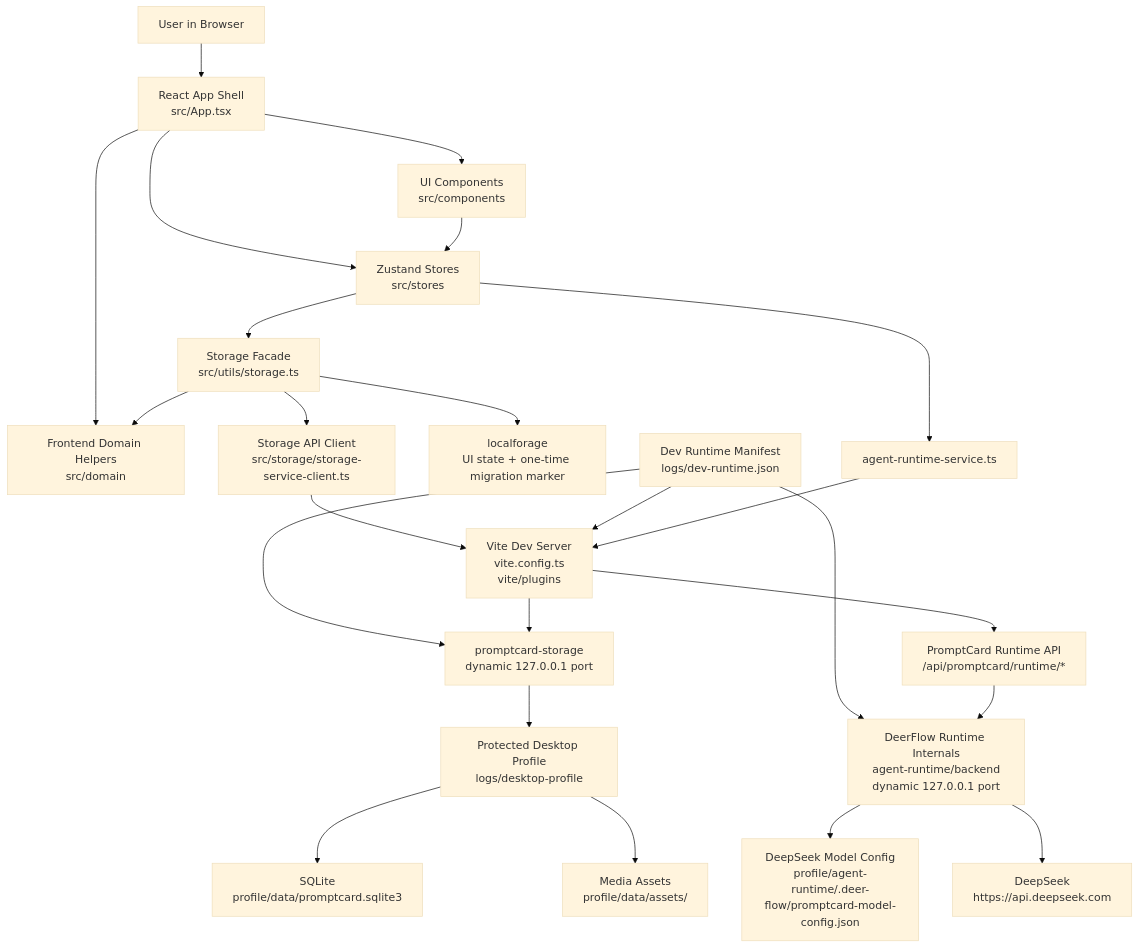
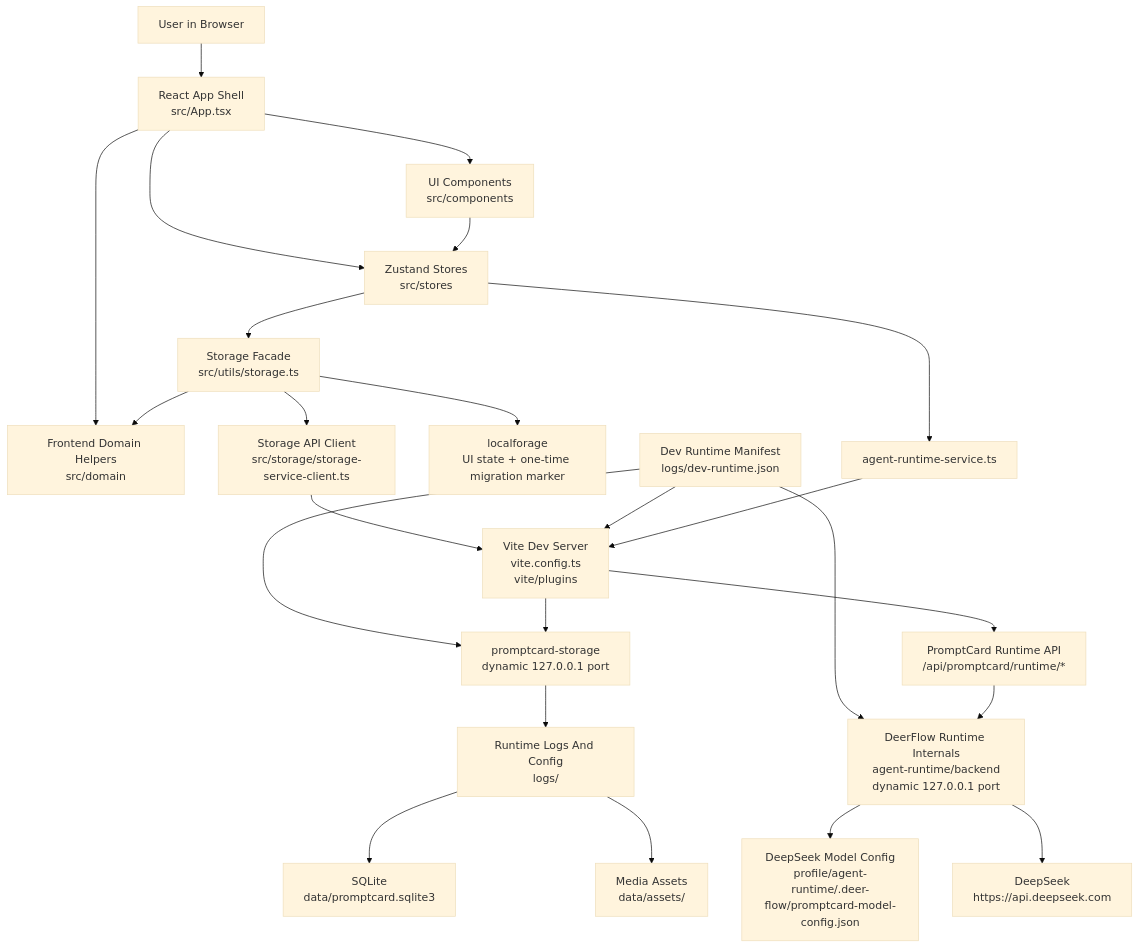
Before and after one commit to Aoye-3/PromptCard-Agent: the diagram in docs/architecture/system-architecture.md, drawn with Mermaid (base theme). The commit also changed other lines of this file and 69 other files, not shown here.

````diff
--- a/docs/architecture/system-architecture.md
+++ b/docs/architecture/system-architecture.md
@@ -11,45 +11,45 @@
 ```mermaid
 flowchart TD
   User["User in Browser"]
   App["React App Shell<br/>src/App.tsx"]
   Components["UI Components<br/>src/components"]
   Domain["Frontend Domain Helpers<br/>src/domain"]
   Stores["Zustand Stores<br/>src/stores"]
   Storage["Storage Facade<br/>src/utils/storage.ts"]
   StorageClient["Storage API Client<br/>src/storage/storage-service-client.ts"]
   BrowserDB["localforage<br/>UI state + one-time migration marker"]
   RuntimeManifest["Dev Runtime Manifest<br/>logs/dev-runtime.json"]
   StorageService["promptcard-storage<br/>dynamic 127.0.0.1 port"]
   Vite["Vite Dev Server<br/>vite.config.ts<br/>vite/plugins"]
-  Profile["Protected Desktop Profile<br/>logs/desktop-profile"]
-  Database["SQLite<br/>profile/data/promptcard.sqlite3"]
-  Assets["Media Assets<br/>profile/data/assets/"]
+  Profile["Runtime Logs And Config<br/>logs/"]
+  Database["SQLite<br/>data/promptcard.sqlite3"]
+  Assets["Media Assets<br/>data/assets/"]
   RuntimeBoundary["PromptCard Runtime API<br/>/api/promptcard/runtime/*"]
   Runtime["DeerFlow Runtime Internals<br/>agent-runtime/backend<br/>dynamic 127.0.0.1 port"]
   DeepSeekConfig["DeepSeek Model Config<br/>profile/agent-runtime/.deer-flow/promptcard-model-config.json"]
   DeepSeek["DeepSeek<br/>https://api.deepseek.com"]
 
   User --> App
   App --> Components
   App --> Domain
   App --> Stores
   Stores --> Storage
   Storage --> Domain
   Storage --> StorageClient
   Storage --> BrowserDB
   StorageClient --> Vite
   RuntimeManifest --> Vite
   RuntimeManifest --> StorageService
   RuntimeManifest --> Runtime
   Vite --> StorageService
   StorageService --> Profile
   Profile --> Database
   Profile --> Assets
   Components --> Stores
   Stores --> RuntimeService["agent-runtime-service.ts"]
   RuntimeService --> Vite
   Vite --> RuntimeBoundary
   RuntimeBoundary --> Runtime
   Runtime --> DeepSeekConfig
   Runtime --> DeepSeek
 ```
````
